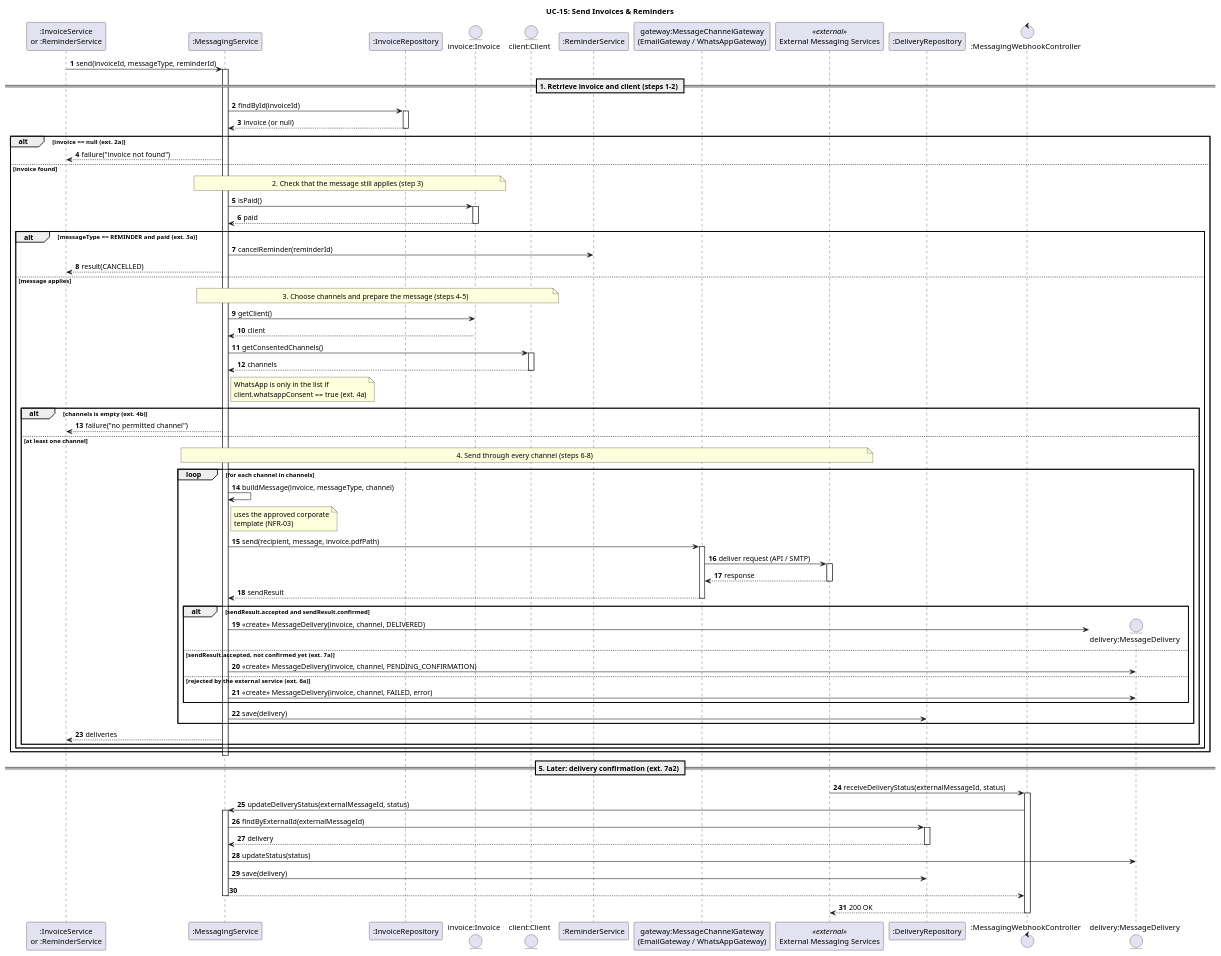
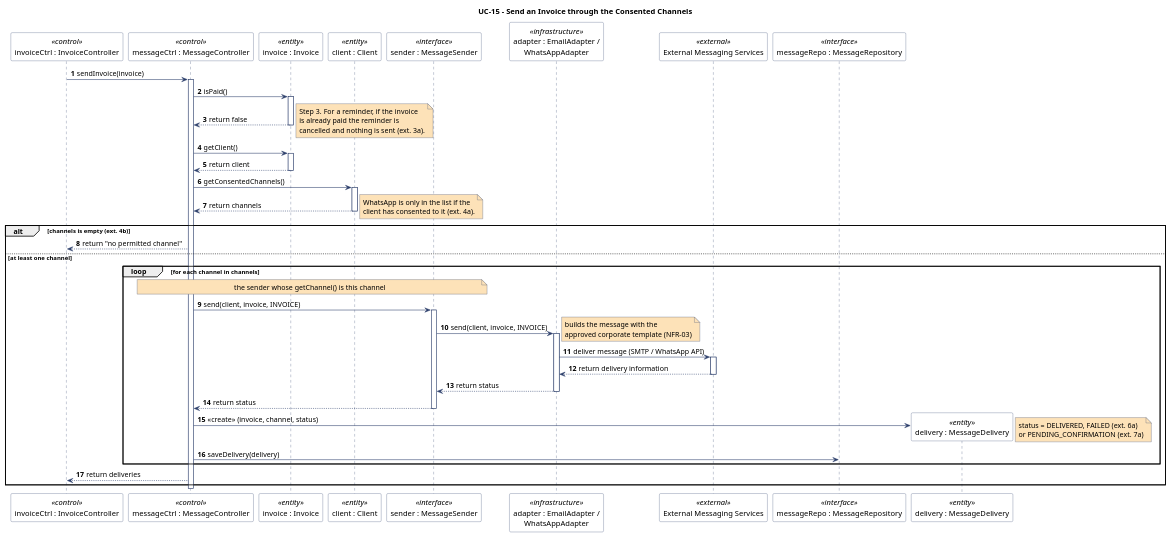
The diagram in sequence_diagram_uc15.pu (Navas05/ADA---Group-Project), drawn with PlantUML before and after one commit. The commit also changed 6 other files, not shown here.

```diff
--- a/sequence_diagram_uc15.pu
+++ b/sequence_diagram_uc15.pu
@@ -1,122 +1,100 @@
 @startuml sequence_diagram_uc15
 ' ============================================================
 '  TurbineH Invoicing & Subscription System
 '  UML Sequence Diagram - UC-15: Send Invoices & Reminders
 '  Submission 2 - Issue #22 / #32
-'  Callers: InvoiceService (UC-03), Scheduler -> ReminderService
-'  (due reminder) or ReminderService (resend from UC-05).
+'  Scenario: an invoice has just been issued (UC-03 step 9),
+'  so InvoiceController asks MessageController to send it.
+'  A due reminder (SchedulerJob) or a resend (UC-05) follows
+'  the same steps with MessageType = REMINDER.
+'  Classes and methods: class_diagram.pu and
+'  class_diagram_application.pu
 ' ============================================================
 
 skinparam shadowing false
 skinparam sequenceMessageAlign left
+skinparam participant {
+    BackgroundColor #FFFFFF
+    BorderColor #2B3E6A
+}
+skinparam sequence {
+    ArrowColor #2B3E6A
+    LifeLineBorderColor #2B3E6A
+}
+skinparam note {
+    BackgroundColor #FDE2B8
+    BorderColor #2B3E6A
+}
 autonumber
 
-title UC-15: Send Invoices & Reminders
+title UC-15 - Send an Invoice through the Consented Channels
 
-participant ":InvoiceService\nor :ReminderService" as Caller
-participant ":MessagingService" as Msg
-participant ":InvoiceRepository" as InvRepo
-entity "invoice:Invoice" as Inv
-entity "client:Client" as Cli
-participant ":ReminderService" as Rem
-participant "gateway:MessageChannelGateway\n(EmailGateway / WhatsAppGateway)" as Gw
+participant "invoiceCtrl : InvoiceController" as Caller <<control>>
+participant "messageCtrl : MessageController" as Ctrl <<control>>
+participant "invoice : Invoice" as Inv <<entity>>
+participant "client : Client" as Cli <<entity>>
+participant "sender : MessageSender" as Sender <<interface>>
+participant "adapter : EmailAdapter /\nWhatsAppAdapter" as Adapter <<infrastructure>>
 participant "External Messaging Services" as Ext <<external>>
-participant ":DeliveryRepository" as DelRepo
-control ":MessagingWebhookController" as Hook
+participant "messageRepo : MessageRepository" as Repo <<interface>>
 
-Caller -> Msg : send(invoiceId, messageType, reminderId)
-activate Msg
+Caller -> Ctrl : sendInvoice(invoice)
+activate Ctrl
 
-== 1. Retrieve invoice and client (steps 1-2) ==
+Ctrl -> Inv : isPaid()
+activate Inv
+Inv --> Ctrl : return false
+deactivate Inv
+note right
+  Step 3. For a reminder, if the invoice
+  is already paid the reminder is
+  cancelled and nothing is sent (ext. 3a).
+end note
 
-Msg -> InvRepo : findById(invoiceId)
-activate InvRepo
-InvRepo --> Msg : invoice (or null)
-deactivate InvRepo
+Ctrl -> Inv : getClient()
+activate Inv
+Inv --> Ctrl : return client
+deactivate Inv
 
-alt invoice == null  (ext. 2a)
-  Msg --> Caller : failure("invoice not found")
+Ctrl -> Cli : getConsentedChannels()
+activate Cli
+Cli --> Ctrl : return channels
+deactivate Cli
+note right
+  WhatsApp is only in the list if the
+  client has consented to it (ext. 4a).
+end note
 
-else invoice found
+alt channels is empty (ext. 4b)
+    Ctrl --> Caller : return "no permitted channel"
+else at least one channel
+    loop for each channel in channels
+        note over Ctrl, Sender : the sender whose getChannel() is this channel
+        Ctrl -> Sender : send(client, invoice, INVOICE)
+        activate Sender
+        Sender -> Adapter : send(client, invoice, INVOICE)
+        activate Adapter
+        note right : builds the message with the\napproved corporate template (NFR-03)
+        Adapter -> Ext : deliver message (SMTP / WhatsApp API)
+        activate Ext
+        Ext --> Adapter : return delivery information
+        deactivate Ext
+        Adapter --> Sender : return status
+        deactivate Adapter
+        Sender --> Ctrl : return status
+        deactivate Sender
 
-  note over Msg, Inv : 2. Check that the message still applies (step 3)
+        create participant "delivery : MessageDelivery" as Del <<entity>>
+        Ctrl -> Del : <<create>> (invoice, channel, status)
+        note right
+          status = DELIVERED, FAILED (ext. 6a)
+          or PENDING_CONFIRMATION (ext. 7a)
+        end note
+        Ctrl -> Repo : saveDelivery(delivery)
+    end
+    Ctrl --> Caller : return deliveries
+end
 
-  Msg -> Inv : isPaid()
-  activate Inv
-  Inv --> Msg : paid
-  deactivate Inv
-
-  alt messageType == REMINDER and paid  (ext. 3a)
-    Msg -> Rem : cancelReminder(reminderId)
-    Msg --> Caller : result(CANCELLED)
-
-  else message applies
-
-    note over Msg, Cli : 3. Choose channels and prepare the message (steps 4-5)
-
-    Msg -> Inv : getClient()
-    Inv --> Msg : client
-    Msg -> Cli : getConsentedChannels()
-    activate Cli
-    Cli --> Msg : channels
-    deactivate Cli
-    note right of Msg
-      WhatsApp is only in the list if
-      client.whatsappConsent == true (ext. 4a)
-    end note
-
-    alt channels is empty  (ext. 4b)
-      Msg --> Caller : failure("no permitted channel")
-
-    else at least one channel
-
-      note over Msg, Ext : 4. Send through every channel (steps 6-8)
-
-      loop for each channel in channels
-        Msg -> Msg : buildMessage(invoice, messageType, channel)
-        note right of Msg : uses the approved corporate\ntemplate (NFR-03)
-        Msg -> Gw : send(recipient, message, invoice.pdfPath)
-        activate Gw
-        Gw -> Ext : deliver request (API / SMTP)
-        activate Ext
-        Ext --> Gw : response
-        deactivate Ext
-        Gw --> Msg : sendResult
-        deactivate Gw
-
-        alt sendResult.accepted and sendResult.confirmed
-          create entity "delivery:MessageDelivery" as Del
-          Msg -> Del : <<create>> MessageDelivery(invoice, channel, DELIVERED)
-        else sendResult.accepted, not confirmed yet  (ext. 7a)
-          Msg -> Del : <<create>> MessageDelivery(invoice, channel, PENDING_CONFIRMATION)
-        else rejected by the external service  (ext. 6a)
-          Msg -> Del : <<create>> MessageDelivery(invoice, channel, FAILED, error)
-        end
-
-        Msg -> DelRepo : save(delivery)
-      end
-
-      Msg --> Caller : deliveries
-    end
-  end
-end
-deactivate Msg
-
-== 5. Later: delivery confirmation (ext. 7a2) ==
-
-Ext -> Hook : receiveDeliveryStatus(externalMessageId, status)
-activate Hook
-Hook -> Msg : updateDeliveryStatus(externalMessageId, status)
-activate Msg
-Msg -> DelRepo : findByExternalId(externalMessageId)
-activate DelRepo
-DelRepo --> Msg : delivery
-deactivate DelRepo
-Msg -> Del : updateStatus(status)
-Msg -> DelRepo : save(delivery)
-Msg --> Hook
-deactivate Msg
-Hook --> Ext : 200 OK
-deactivate Hook
+deactivate Ctrl
 
 @enduml
```
